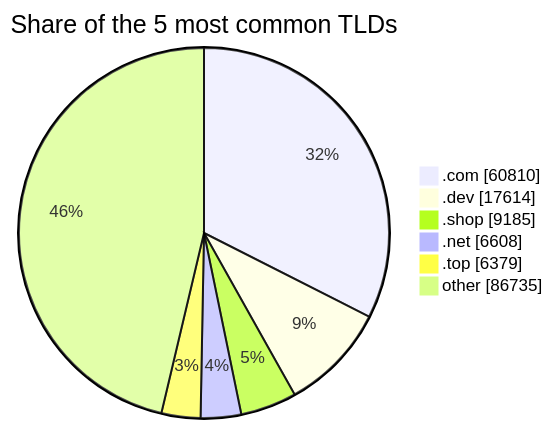
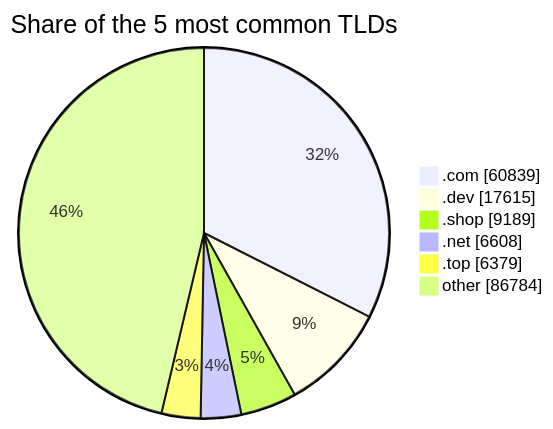
One commit to DNSBunker/CTI changed the third of 3 diagrams in README.md. Above: the diagram before and after it, drawn with Mermaid. The commit also changed other lines of this file and 3 other files, not shown here.

````diff
--- a/README.md
+++ b/README.md
@@ -81,9 +81,9 @@
 ```mermaid
 pie showData title Share of the 5 most common TLDs
-    ".com" : 60810
-    ".dev" : 17614
-    ".shop" : 9185
+    ".com" : 60839
+    ".dev" : 17615
+    ".shop" : 9189
     ".net" : 6608
     ".top" : 6379
-    "other" : 86735
+    "other" : 86784
 ```
````
